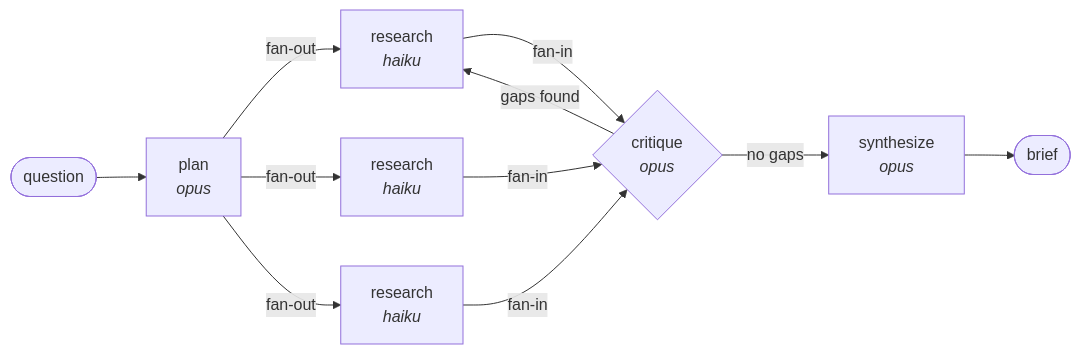
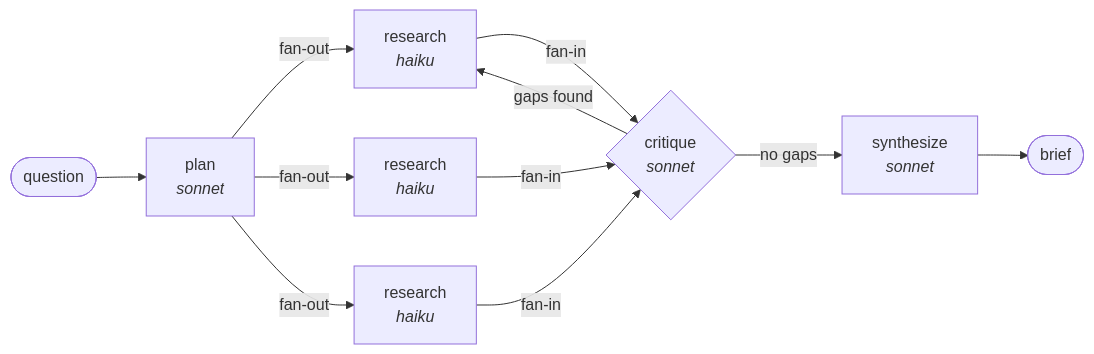
Before and after one commit to isaikirany/deep-research-graph: the diagram in README.md, drawn with Mermaid. The commit also changed other lines of this file and 7 other files, not shown here.

Commit message:
Add graph server and web interface

````diff
--- a/README.md
+++ b/README.md
@@ -29,13 +49,13 @@
 ```mermaid
 flowchart LR
-    Q([question]) --> P[plan<br/><i>opus</i>]
+    Q([question]) --> P[plan<br/><i>sonnet</i>]
     P -- fan-out --> R1[research<br/><i>haiku</i>]
     P -- fan-out --> R2[research<br/><i>haiku</i>]
     P -- fan-out --> R3[research<br/><i>haiku</i>]
-    R1 -- fan-in --> C{critique<br/><i>opus</i>}
+    R1 -- fan-in --> C{critique<br/><i>sonnet</i>}
     R2 -- fan-in --> C
     R3 -- fan-in --> C
     C -- gaps found --> R1
-    C -- no gaps --> S[synthesize<br/><i>opus</i>]
+    C -- no gaps --> S[synthesize<br/><i>sonnet</i>]
     S --> B([brief])
 ```
````
